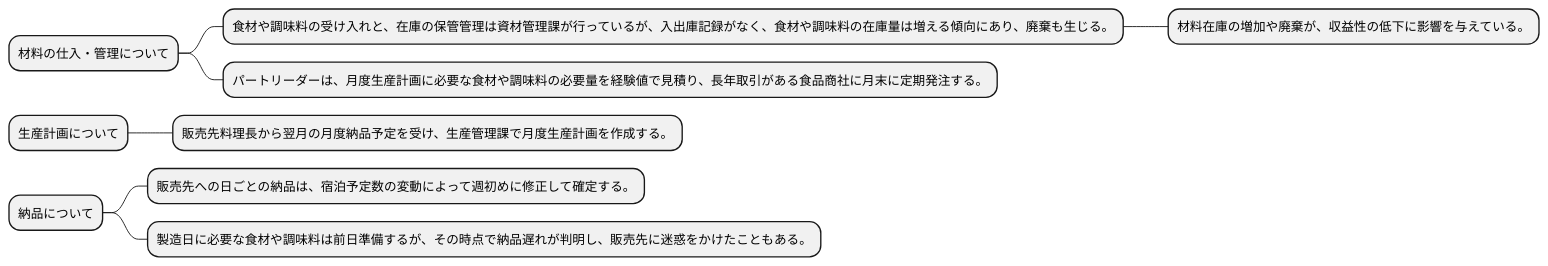
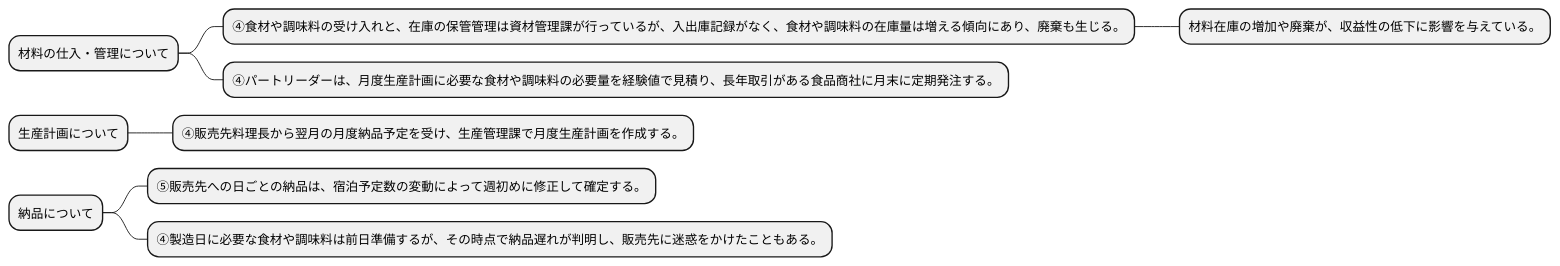
Before and after one commit to k2works/case-study-business-analysis: the fifth of 13 diagrams in docs/case/study/R05/r05_case_3_study_2.adoc, drawn with PlantUML. The commit also changed other lines of this file, not shown here.

```diff
--- a/docs/case/study/R05/r05_case_3_study_2.adoc
+++ b/docs/case/study/R05/r05_case_3_study_2.adoc
@@ -149,16 +149,16 @@
 [plantuml]
 ----
 @startmindmap
 
 * 材料の仕入・管理について
-** 食材や調味料の受け入れと、在庫の保管管理は資材管理課が行っているが、入出庫記録がなく、食材や調味料の在庫量は増える傾向にあり、廃棄も生じる。
+** ④食材や調味料の受け入れと、在庫の保管管理は資材管理課が行っているが、入出庫記録がなく、食材や調味料の在庫量は増える傾向にあり、廃棄も生じる。
 *** 材料在庫の増加や廃棄が、収益性の低下に影響を与えている。
-** パートリーダーは、月度生産計画に必要な食材や調味料の必要量を経験値で見積り、長年取引がある食品商社に月末に定期発注する。
+** ④パートリーダーは、月度生産計画に必要な食材や調味料の必要量を経験値で見積り、長年取引がある食品商社に月末に定期発注する。
 * 生産計画について
-** 販売先料理長から翌月の月度納品予定を受け、生産管理課で月度生産計画を作成する。
+** ④販売先料理長から翌月の月度納品予定を受け、生産管理課で月度生産計画を作成する。
 * 納品について
-** 販売先への日ごとの納品は、宿泊予定数の変動によって週初めに修正して確定する。
-** 製造日に必要な食材や調味料は前日準備するが、その時点で納品遅れが判明し、販売先に迷惑をかけたこともある。
+** ⑤販売先への日ごとの納品は、宿泊予定数の変動によって週初めに修正して確定する。
+** ④製造日に必要な食材や調味料は前日準備するが、その時点で納品遅れが判明し、販売先に迷惑をかけたこともある。
 
 @endmindmap
 ----
```
